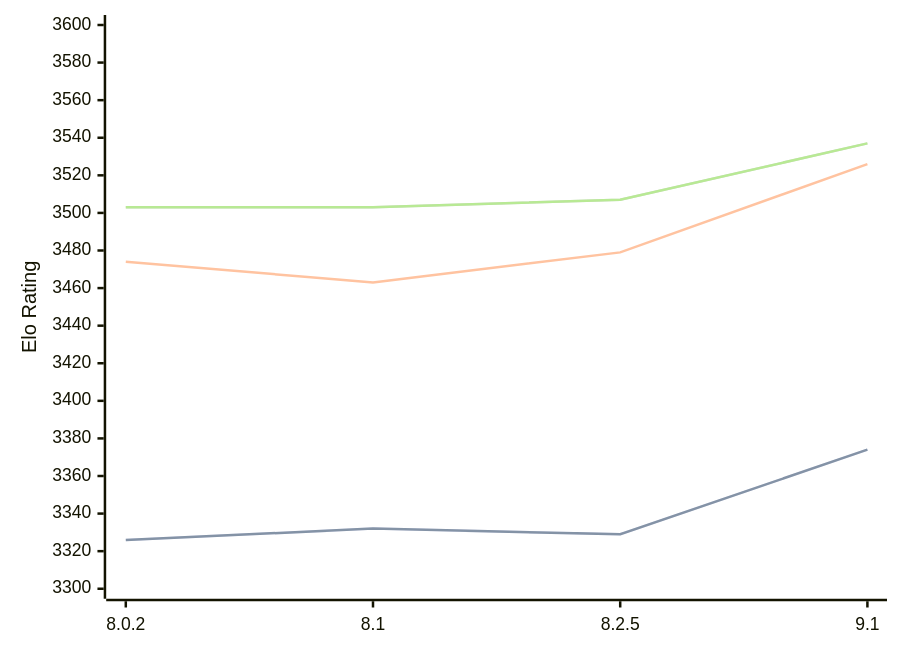
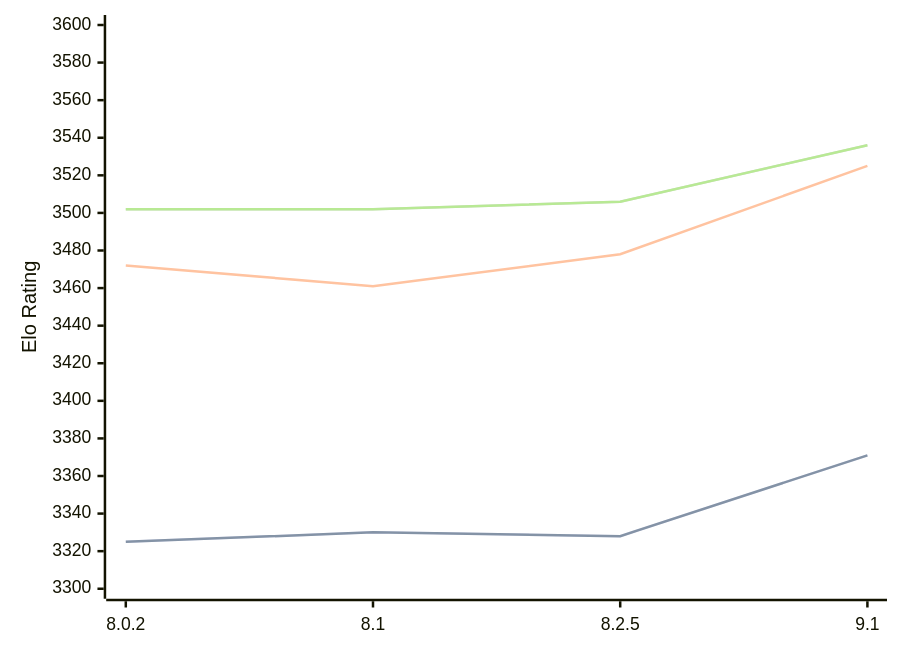
The diagram in engines/Clover.md (computer-chess-index/cci), drawn with Mermaid before and after one commit. The commit also changed other lines of this file, not shown here.

Commit message:
Update CCI Ratings (ELO VLTC) - 2026-08-12

````diff
--- a/engines/Clover.md
+++ b/engines/Clover.md
@@ -35,11 +35,11 @@
 ```mermaid
 %%{init: {"theme":"base","themeVariables":{"seriesColors:['#a3a3a3','#222221','#faa371']}}}%%
 xychart-beta
   x-axis ["8.0.2", "8.1", "8.2.5", "9.1"]
   y-axis "Elo Rating" 3300 --> 3600
-  line "STC (8.0+0.08s)" [3326, 3332, 3329, 3374]
-  line "STC (8.0+0.08s)" [3326, 3332, 3329, 3374]
-  line "LTC (60.0+0.60s)" [3474, 3463, 3479, 3526]
-  line "VLTC (2m24s+1.12s)" [3503, 3503, 3507, 3537]
-  line "VLTC (2m24s+1.12s)" [3503, 3503, 3507, 3537]
+  line "STC (8.0+0.08s)" [3325, 3330, 3328, 3371]
+  line "STC (8.0+0.08s)" [3325, 3330, 3328, 3371]
+  line "LTC (60.0+0.60s)" [3472, 3461, 3478, 3525]
+  line "VLTC (2m24s+1.12s)" [3502, 3502, 3506, 3536]
+  line "VLTC (2m24s+1.12s)" [3502, 3502, 3506, 3536]
 ```
````
